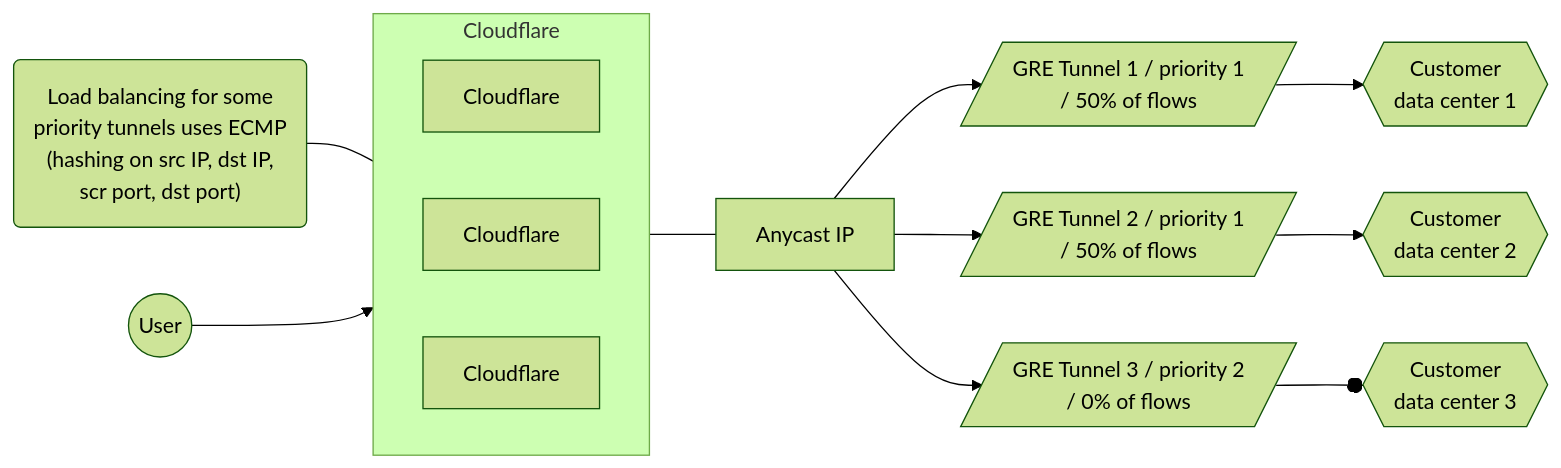
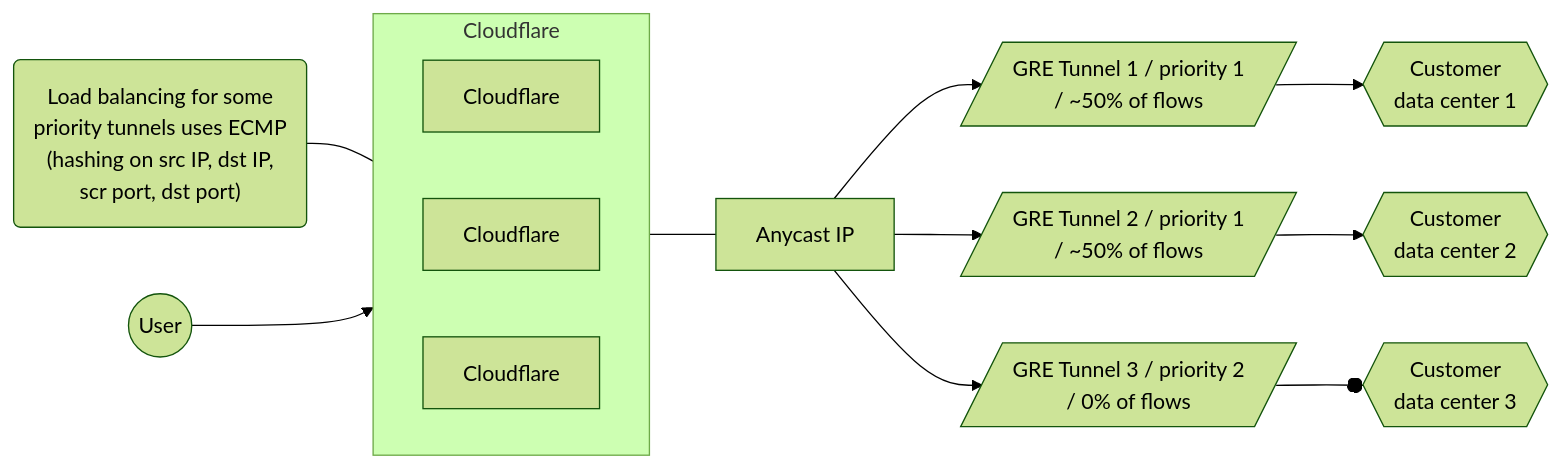
The second of 4 diagrams in content/magic-transit/reference/traffic-steering.md (cloudflare/cloudflare-docs), drawn with Mermaid (forest theme) before and after one commit. The commit also changed other lines of this file, not shown here.

````diff
--- a/content/magic-transit/reference/traffic-steering.md
+++ b/content/magic-transit/reference/traffic-steering.md
@@ -58,18 +59,18 @@
 ```mermaid
 flowchart LR
 accTitle: Tunnels diagram
 accDescr: This example has three tunnel routes, with traffic equally distributed across two paths.
 
 subgraph Cloudflare
 direction LR
 B[Cloudflare]
 C[Cloudflare]
 D[Cloudflare]
 end
 
 Z("Load balancing for some <br> priority tunnels uses ECMP <br> (hashing on src IP, dst IP, <br> scr port, dst port)") --- Cloudflare
 A((User)) --> Cloudflare --- E[Anycast IP]
-E[Anycast IP] --> F[/GRE Tunnel 1 / priority 1 <br> / 50% of flows/] --> I{{Customer <br> data center 1}}
-E[Anycast IP] --> G[/GRE Tunnel 2 / priority 1 <br> / 50% of flows/] --> J{{Customer <br> data center 2}}
+E[Anycast IP] --> F[/"GRE Tunnel 1 / priority 1 <br> / ~50% of flows"/] --> I{{Customer <br> data center 1}}
+E[Anycast IP] --> G[/"GRE Tunnel 2 / priority 1 <br> / ~50% of flows"/] --> J{{Customer <br> data center 2}}
 E[Anycast IP] --> H[/GRE Tunnel 3 / priority 2 <br> / 0% of flows/] --o K{{Customer <br> data center 3}}
 ```
````
